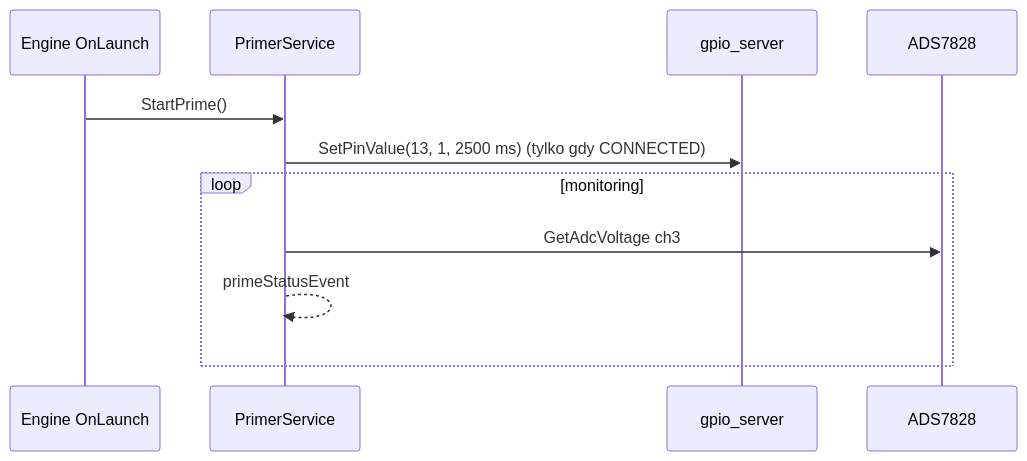
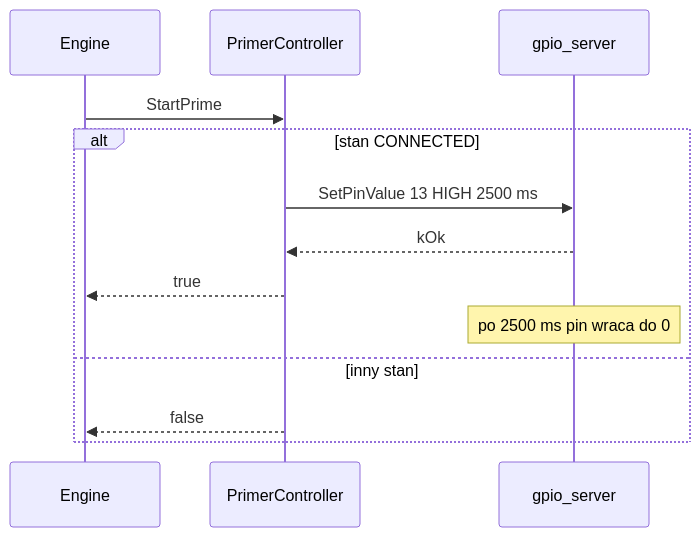
The second of 2 diagrams in apps/ec/primer_service/README.md (Simba-Avionic/srp), drawn with Mermaid before and after one commit. The commit also changed other lines of this file, not shown here.

Commit message:
docs(primer_service): extend README

````diff
--- a/apps/ec/primer_service/README.md
+++ b/apps/ec/primer_service/README.md
@@ -20,13 +41,15 @@
 ```mermaid
 sequenceDiagram
-  participant E as Engine OnLaunch
-  participant P as PrimerService
+  participant E as Engine
+  participant P as PrimerController
   participant G as gpio_server
-  participant A as ADS7828
-  E->>P: StartPrime()
-  P->>G: SetPinValue(13, 1, 2500 ms) (tylko gdy CONNECTED)
-  loop monitoring
-    P->>A: GetAdcVoltage ch3
-    P-->>P: primeStatusEvent
+  E->>P: StartPrime
+  alt stan CONNECTED
+    P->>G: SetPinValue 13 HIGH 2500 ms
+    G-->>P: kOk
+    P-->>E: true
+    Note over G: po 2500 ms pin wraca do 0
+  else inny stan
+    P-->>E: false
   end
 ```
````
